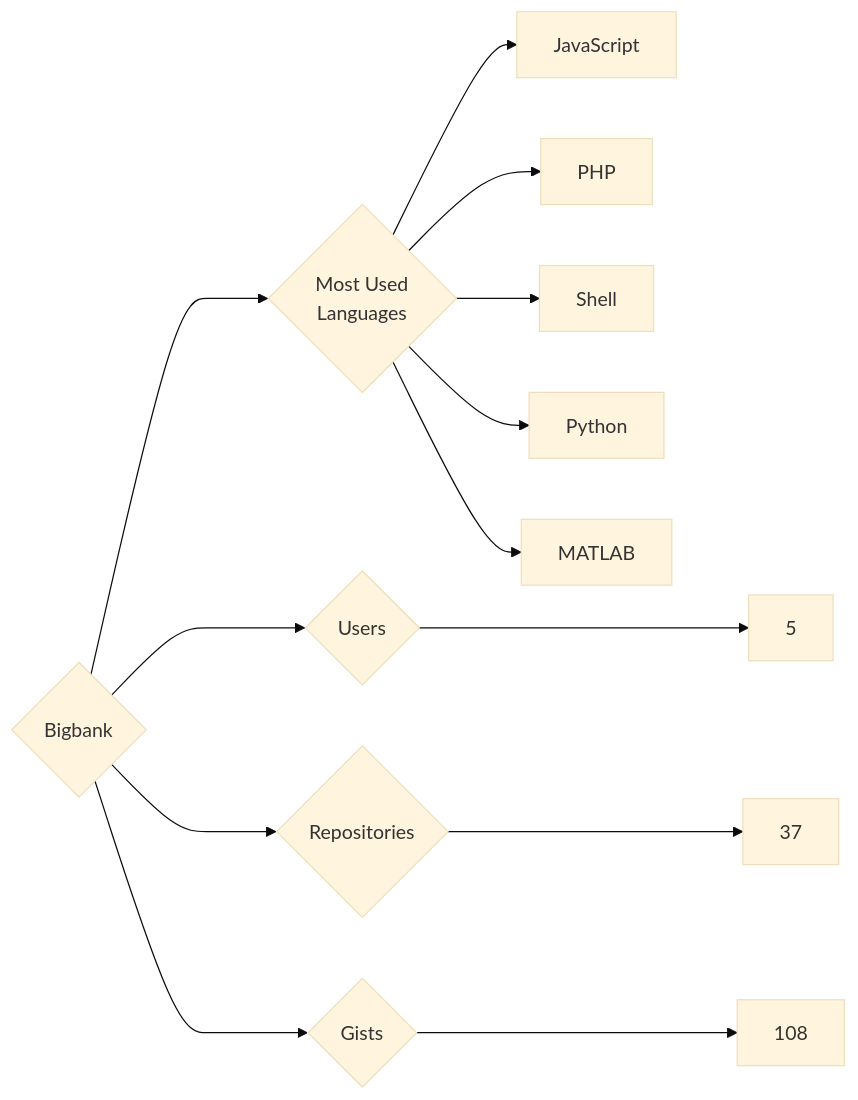
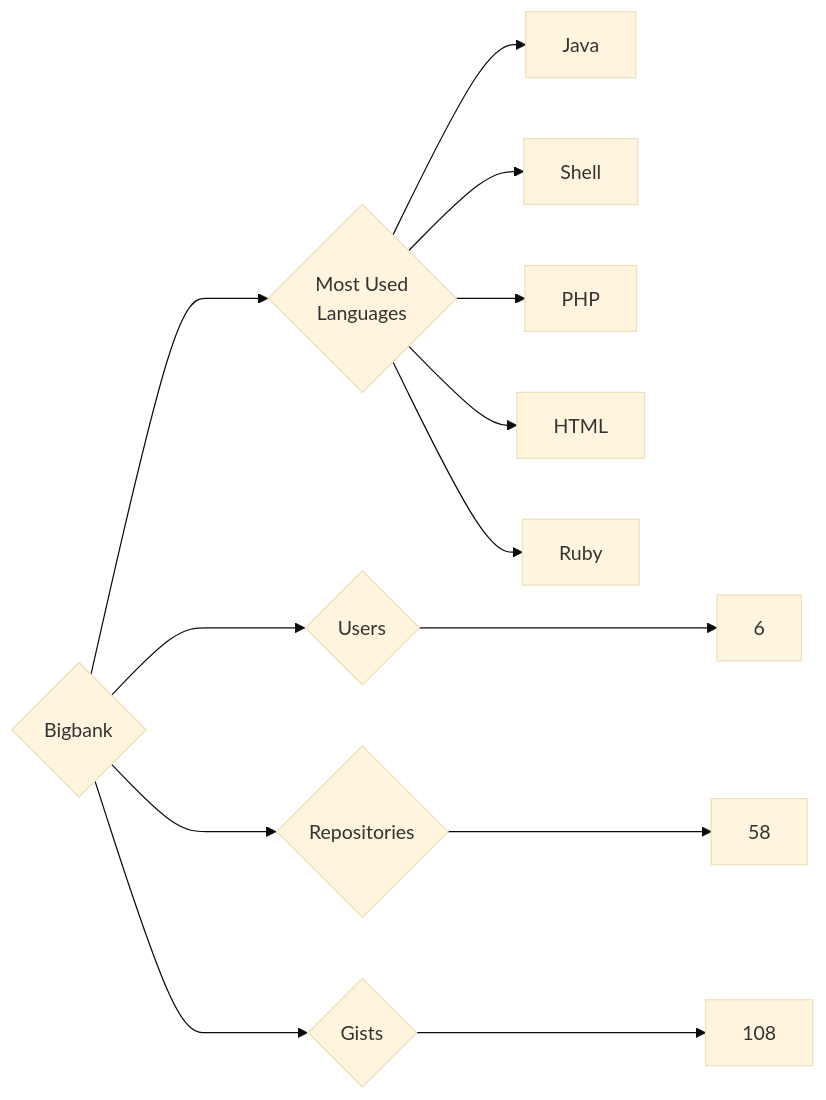
Before and after one commit to trickest/insiders: the diagram in targets/Bigbank/README.md, drawn with Mermaid (base theme). The commit also changed 772 other files, not shown here.

````diff
--- a/targets/Bigbank/README.md
+++ b/targets/Bigbank/README.md
@@ -3,13 +3,13 @@
 ```mermaid
 graph LR
 COMPANY_NAME{Bigbank}
-COMPANY_NAME ---> U{Users} ---> UN[5]
-COMPANY_NAME ---> R{Repositories} ---> RN[37]
+COMPANY_NAME ---> U{Users} ---> UN[6]
+COMPANY_NAME ---> R{Repositories} ---> RN[58]
 COMPANY_NAME ---> G{Gists} ---> GN[108]
 COMPANY_NAME ---> ML{Most Used<br>Languages}
-ML --> JavaScript[JavaScript]
+ML --> Java[Java]
+ML --> Shell[Shell]
 ML --> PHP[PHP]
-ML --> Shell[Shell]
-ML --> Python[Python]
-ML --> MATLAB[MATLAB]
+ML --> HTML[HTML]
+ML --> Ruby[Ruby]
 ```
````
